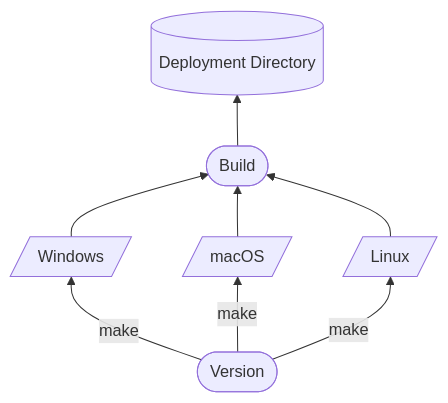
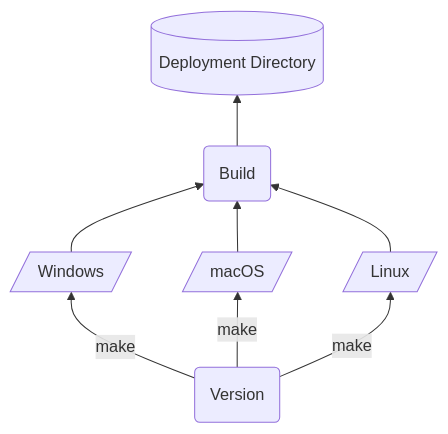
Before and after one commit to AndreiRegiani/hello-pear-electron: the fifth of 9 diagrams in README.md, drawn with Mermaid. The commit also changed other lines of this file, not shown here.

Commit message:
iterate diagrams (#36)

````diff
--- a/README.md
+++ b/README.md
@@ -518,12 +518,12 @@
 ```mermaid
 graph BT
-    V([Version]) -->|make| MakeWin[/Windows/]
+    V(Version) -->|make| MakeWin[/Windows/]
     V -->|make| MakeMac[/macOS/]
     V -->|make| MakeLinux[/Linux/]
 
-    MakeWin --> Build([Build])
+    MakeWin --> Build(Build)
     MakeMac --> Build
     MakeLinux --> Build
 
     Build --> DF[(Deployment Directory)]
 ```
````
